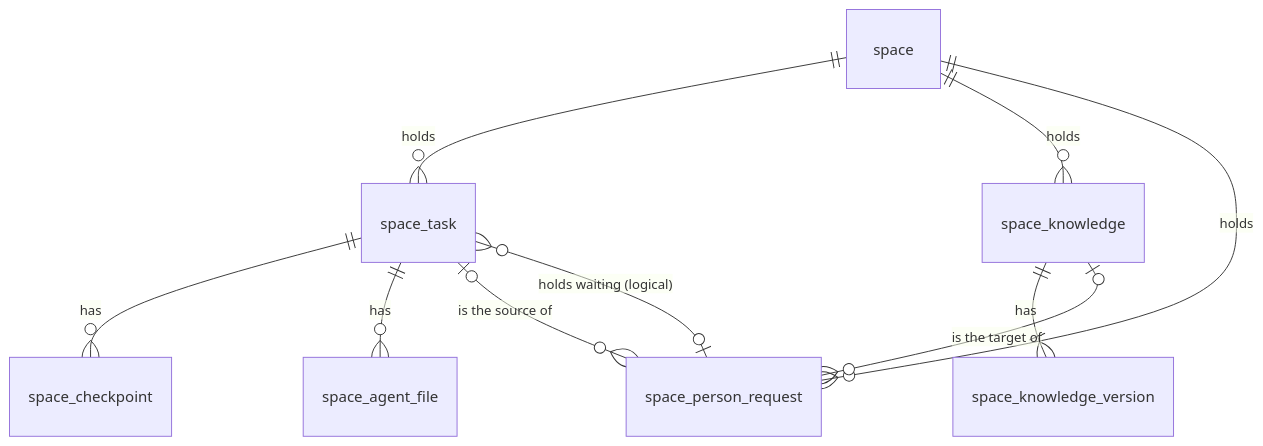
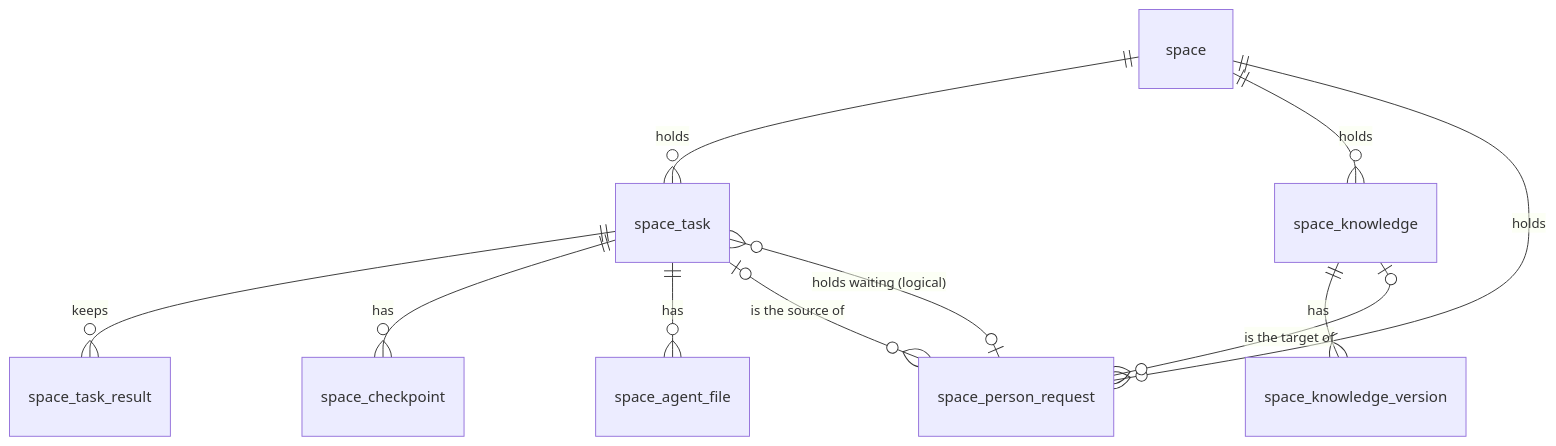
One commit to lorebayai/lorebay changed the diagram in lib/docs/architecture/data-model.md. Above: the diagram before and after it, drawn with Mermaid. The commit also changed other lines of this file and 41 other files, not shown here.

````diff
--- a/lib/docs/architecture/data-model.md
+++ b/lib/docs/architecture/data-model.md
@@ -97,12 +98,13 @@
 ```mermaid
 erDiagram
     space ||--o{ space_task : "holds"
     space ||--o{ space_knowledge : "holds"
     space ||--o{ space_person_request : "holds"
+    space_task ||--o{ space_task_result : "keeps"
     space_task ||--o{ space_checkpoint : "has"
     space_task ||--o{ space_agent_file : "has"
     space_task |o--o{ space_person_request : "is the source of"
     space_person_request |o--o{ space_task : "holds waiting (logical)"
     space_knowledge ||--|{ space_knowledge_version : "has"
     space_knowledge |o--o{ space_person_request : "is the target of"
 ```
````
